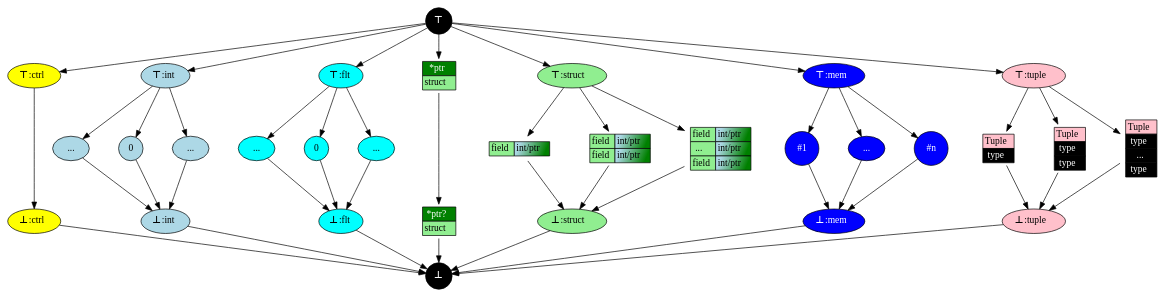
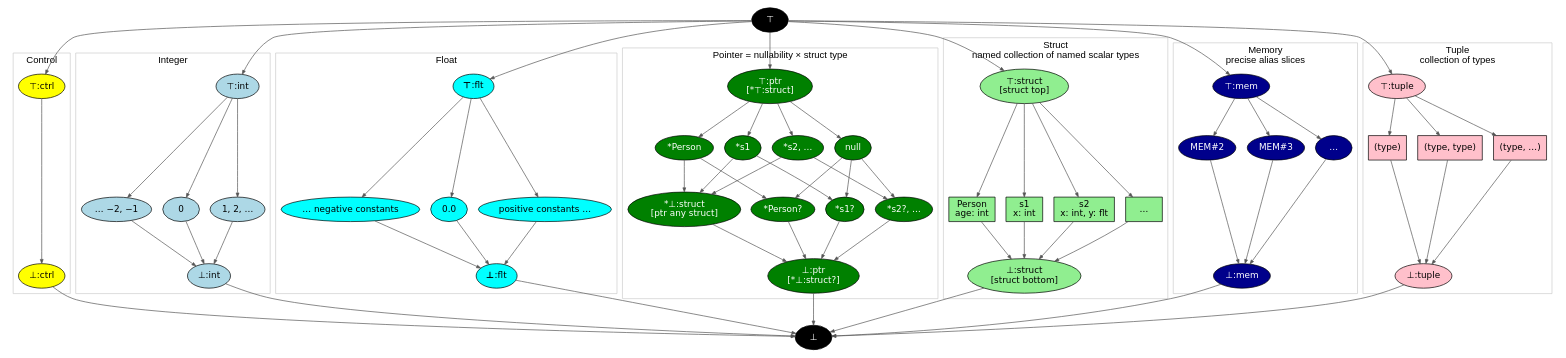
One commit to SeaOfNodes/Simple changed the diagram in chapter12/docs/lattice.gv. Above: the diagram before and after it, drawn with Graphviz. The commit also changed 175 other files, not shown here.

```diff
--- a/chapter12/docs/lattice.gv
+++ b/chapter12/docs/lattice.gv
@@ -1,182 +1,135 @@
 digraph Lattice {
-    compound = true;
-    // Define nodes
-    splines=false;
-    node [shape=circle, style=filled];
-    nodesep=0.6;
+    rankdir=TB;
+    newrank=true;
+    // Preserve the same-rank ordering edges through cluster layout.
+    remincross=false;
+    nodesep=0.22;
+    ranksep=0.65;
+    node [shape=ellipse, style=filled, fontname="DejaVu Sans", fontsize=13];
+    edge [color="#555555", arrowsize=0.6];
 
-    TOP [label=<<B>⊤</B >>, fillcolor=black, fontcolor=white];
-    BOT [label=<<B>⊥</B>>, fillcolor=black, fontcolor=white];
+    // These arrows are lattice-order edges, not use/definition edges.
+    TOP [label="⊤", fillcolor=black, fontcolor=white];
+    BOT [label="⊥", fillcolor=black, fontcolor=white];
 
-    // ----------------------
-    // Control
-    XCTRL [label=<<B>⊤</B >:ctrl>, fillcolor=yellow, shape=oval];
-    CTRL  [label=<<B>⊥</B>:ctrl>, fillcolor=yellow, shape=oval];
+    subgraph cluster_control {
+        label="Control"; fontname="Arial"; color="#cccccc";
+        node [fillcolor="#ffff00"];
+        XCTRL [label="⊤:ctrl"];
+        CTRL [label="⊥:ctrl"];
+        XCTRL -> CTRL;
+    }
 
-    TOP   -> XCTRL;
-    XCTRL -> CTRL;
-    CTRL  -> BOT;
+    subgraph cluster_integer {
+        label="Integer"; fontname="Arial"; color="#cccccc";
+        node [fillcolor="#add8e6"];
+        INT_TOP [label="⊤:int"];
+        INT_BOT [label="⊥:int"];
+        INT_NEG [label="… −2, −1"];
+        INT_ZERO [label="0"];
+        INT_POS [label="1, 2, …"];
+        {rank=same; INT_NEG; INT_ZERO; INT_POS;}
+        INT_NEG -> INT_ZERO -> INT_POS [style=invis];
+        INT_TOP -> {INT_NEG INT_ZERO INT_POS};
+        {INT_NEG INT_ZERO INT_POS} -> INT_BOT;
+    }
 
-    // ----------------------
-    // Integers
-    INT_TOP [label=<<B>⊤</B >:int>, fillcolor=lightblue, shape=oval];
-    INT_BOT [label=<<B>⊥</B>:int>, fillcolor=lightblue, shape=oval];
+    subgraph cluster_float {
+        label="Float"; fontname="Arial"; color="#cccccc";
+        FLT_TOP [label=<<B>⊤</B >:flt>, fillcolor=aqua, shape=oval];
+        FLT_BOT [label=<<B>⊥</B>:flt>, fillcolor=aqua, shape=oval];
 
-    INT_MINDOTS [label="...", fillcolor=lightblue, shape=oval];
-    INT_ZERO    [label="0"  , fillcolor=lightblue];
-    INT_MAXDOTS [label="...", fillcolor=lightblue, shape=oval];
+        FLT_MINDOTS [label="… negative constants", fillcolor=aqua, shape=oval];
+        FLT_ZERO    [label="0.0"  , fillcolor=aqua];
+        FLT_MAXDOTS [label="positive constants …", fillcolor=aqua, shape=oval];
 
-    TOP         -> INT_TOP;
-    INT_TOP     -> INT_MINDOTS;
-    INT_TOP     -> INT_ZERO;
-    INT_TOP     -> INT_MAXDOTS;
-    INT_MINDOTS -> INT_BOT;
-    INT_ZERO    -> INT_BOT;
-    INT_MAXDOTS -> INT_BOT;
-    INT_BOT     -> BOT;
+        FLT_TOP     -> FLT_MINDOTS;
+        FLT_TOP     -> FLT_ZERO;
+        FLT_TOP     -> FLT_MAXDOTS;
+        FLT_MINDOTS -> FLT_BOT;
+        FLT_ZERO    -> FLT_BOT;
+        FLT_MAXDOTS -> FLT_BOT;
 
-    INT_MINDOTS -> INT_ZERO -> INT_MAXDOTS [style=invis];
+        FLT_MINDOTS -> FLT_ZERO -> FLT_MAXDOTS [style=invis];
 
-    // ----------------------
-    // Floats
-    FLT_TOP [label=<<B>⊤</B >:flt>, fillcolor=aqua, shape=oval];
-    FLT_BOT [label=<<B>⊥</B>:flt>, fillcolor=aqua, shape=oval];
+        {rank=same; FLT_MINDOTS; FLT_ZERO; FLT_MAXDOTS;}
+    }
 
-    FLT_MINDOTS [label="...", fillcolor=aqua, shape=oval];
-    FLT_ZERO    [label="0"  , fillcolor=aqua];
-    FLT_MAXDOTS [label="...", fillcolor=aqua, shape=oval];
+    subgraph cluster_pointer {
+        label="Pointer = nullability × struct type";
+        fontname="Arial"; color="#cccccc";
+        node [fillcolor="#008000", fontcolor=white];
+        PTR_TOP [label="⊤:ptr\n[*⊤:struct]"];
+        PTR_BOT [label="⊥:ptr\n[*⊥:struct?]"];
+        PTR_NULL [label="null"];
+        PTR_ANY [label="*⊥:struct\n[ptr any struct]"];
+        PTR_PERSON [label="*Person"];
+        PTR_S1 [label="*s1"];
+        PTR_MORE [label="*s2, …"];
+        PTR_PERSON_NIL [label="*Person?"];
+        PTR_S1_NIL [label="*s1?"];
+        PTR_MORE_NIL [label="*s2?, …"];
+        {rank=same; PTR_PERSON; PTR_S1; PTR_MORE; PTR_NULL;}
+        {rank=same; PTR_ANY; PTR_PERSON_NIL; PTR_S1_NIL; PTR_MORE_NIL;}
+        PTR_PERSON -> PTR_S1 -> PTR_MORE -> PTR_NULL [style=invis];
+        PTR_ANY -> PTR_PERSON_NIL -> PTR_S1_NIL -> PTR_MORE_NIL [style=invis];
+        PTR_TOP -> {PTR_PERSON PTR_S1 PTR_MORE PTR_NULL};
+        {PTR_PERSON PTR_S1 PTR_MORE} -> PTR_ANY;
+        PTR_PERSON -> PTR_PERSON_NIL;
+        PTR_S1 -> PTR_S1_NIL;
+        PTR_MORE -> PTR_MORE_NIL;
+        PTR_NULL -> {PTR_PERSON_NIL PTR_S1_NIL PTR_MORE_NIL};
+        {PTR_ANY PTR_PERSON_NIL PTR_S1_NIL PTR_MORE_NIL} -> PTR_BOT;
+    }
 
-    TOP         -> FLT_TOP;
-    FLT_TOP     -> FLT_MINDOTS;
-    FLT_TOP     -> FLT_ZERO;
-    FLT_TOP     -> FLT_MAXDOTS;
-    FLT_MINDOTS -> FLT_BOT;
-    FLT_ZERO    -> FLT_BOT;
-    FLT_MAXDOTS -> FLT_BOT;
-    FLT_BOT     -> BOT;
+    subgraph cluster_struct {
+        label="Struct\nnamed collection of named scalar types";
+        fontname="Arial"; color="#cccccc";
+        node [fillcolor="#90ee90"];
+        STRUCT_TOP [label="⊤:struct\n[struct top]"];
+        STRUCT_BOT [label="⊥:struct\n[struct bottom]"];
+        STRUCT_PERSON [label="Person\nage: int", shape=box];
+        STRUCT_S1 [label="s1\nx: int", shape=box];
+        STRUCT_S2 [label="s2\nx: int, y: flt", shape=box];
+        STRUCT_MORE [label="…", shape=box];
+        {rank=same; STRUCT_PERSON; STRUCT_S1; STRUCT_S2; STRUCT_MORE;}
+        STRUCT_PERSON -> STRUCT_S1 -> STRUCT_S2 -> STRUCT_MORE [style=invis];
+        STRUCT_TOP -> {STRUCT_PERSON STRUCT_S1 STRUCT_S2 STRUCT_MORE};
+        {STRUCT_PERSON STRUCT_S1 STRUCT_S2 STRUCT_MORE} -> STRUCT_BOT;
+    }
 
-    FLT_MINDOTS -> FLT_ZERO -> FLT_MAXDOTS [style=invis];
-    
-    // ----------------------
-    // Pointers, just a boolean nil/not and a struct
-    PTR  [shape=none, fillcolor=none, label=<
-      <TABLE BORDER="0" CELLBORDER="1" CELLSPACING="0">
-        <TR><TD BGCOLOR="green"><FONT color="white">*ptr</FONT></TD></TR>
-        <TR><TD BGCOLOR="lightgreen">struct</TD></TR>
-      </TABLE>
-    >];
-    PTR0  [shape=none, fillcolor=none, label=<
-      <TABLE BORDER="0" CELLBORDER="1" CELLSPACING="0">
-        <TR><TD BGCOLOR="green"><FONT color="white">*ptr?</FONT></TD></TR>
-        <TR><TD BGCOLOR="lightgreen">struct</TD></TR>
-      </TABLE>
-    >];
-    
-    TOP  -> PTR;
-    PTR  -> PTR0;
-    PTR0 -> BOT;
+    subgraph cluster_memory {
+        label="Memory\nprecise alias slices"; fontname="Arial"; color="#cccccc";
+        node [fillcolor="#00008b", fontcolor=white];
+        MEM_TOP [label="⊤:mem"];
+        MEM_BOT [label="⊥:mem"];
+        MEM_ALIAS2 [label="MEM#2"];
+        MEM_ALIAS3 [label="MEM#3"];
+        MEM_MORE [label="…"];
+        {rank=same; MEM_ALIAS2; MEM_ALIAS3; MEM_MORE;}
+        MEM_ALIAS2 -> MEM_ALIAS3 -> MEM_MORE [style=invis];
+        MEM_TOP -> {MEM_ALIAS2 MEM_ALIAS3 MEM_MORE};
+        {MEM_ALIAS2 MEM_ALIAS3 MEM_MORE} -> MEM_BOT;
+    }
 
-    // ----------------------
-    // Structs
-    STRUCT_TOP    [label=<<B>⊤</B >:struct>, fillcolor=lightgreen, shape=oval];
-    STRUCT_BOT    [label=<<B>⊥</B>:struct>, fillcolor=lightgreen, shape=oval];
+    subgraph cluster_tuple {
+        label="Tuple\ncollection of types";
+        fontname="Arial"; color="#cccccc";
+        node [fillcolor="#ffc0cb"];
+        TUPLE_TOP [label="⊤:tuple"];
+        TUPLE_BOT [label="⊥:tuple"];
+        TUPLE1 [label="(type)", shape=box];
+        TUPLE2 [label="(type, type)", shape=box];
+        TUPLEN [label="(type, …)", shape=box];
+        {rank=same; TUPLE1; TUPLE2; TUPLEN;}
+        TUPLE1 -> TUPLE2 -> TUPLEN [style=invis];
+        TUPLE_TOP -> {TUPLE1 TUPLE2 TUPLEN};
+        {TUPLE1 TUPLE2 TUPLEN} -> TUPLE_BOT;
+    }
 
-    STRUCT_S1  [shape=none, fillcolor=none, label=<
-      <TABLE BORDER="0" CELLBORDER="1" CELLSPACING="0">
-        <TR><TD BGCOLOR="lightgreen">field</TD><TD BGCOLOR="lightblue:green" gradientangle="315">int/ptr</TD></TR>
-      </TABLE>
-    >];
-    STRUCT_S2  [shape=none, fillcolor=none, label=<
-      <TABLE BORDER="0" CELLBORDER="1" CELLSPACING="0">
-        <TR><TD BGCOLOR="lightgreen">field</TD><TD BGCOLOR="lightblue:green" gradientangle="315">int/ptr</TD></TR>
-        <TR><TD BGCOLOR="lightgreen">field</TD><TD BGCOLOR="lightblue:green" gradientangle="315">int/ptr</TD></TR>
-      </TABLE>
-    >];
-    STRUCT_SN  [shape=none, fillcolor=none, label=<
-      <TABLE BORDER="0" CELLBORDER="1" CELLSPACING="0">
-        <TR><TD BGCOLOR="lightgreen">field</TD><TD BGCOLOR="lightblue:green" gradientangle="315">int/ptr</TD></TR>
-        <TR><TD BGCOLOR="lightgreen">...  </TD><TD BGCOLOR="lightblue:green" gradientangle="315">int/ptr</TD></TR>
-        <TR><TD BGCOLOR="lightgreen">field</TD><TD BGCOLOR="lightblue:green" gradientangle="315">int/ptr</TD></TR>
-      </TABLE>
-    >];
-
-
-    TOP          -> STRUCT_TOP;
-    STRUCT_TOP   -> STRUCT_S1;
-    STRUCT_TOP   -> STRUCT_S2;
-    STRUCT_TOP   -> STRUCT_SN;
-    STRUCT_S1    -> STRUCT_BOT;
-    STRUCT_S2    -> STRUCT_BOT;
-    STRUCT_SN    -> STRUCT_BOT;
-    STRUCT_BOT   -> BOT;
-
-    STRUCT_S1 -> STRUCT_S2 -> STRUCT_SN [style=invis];
-
-    // ----------------------
-    // Memory
-    MEM_TOP       [label=<<B>⊤</B >:mem>, fillcolor=blue, fontcolor=white, shape=oval];
-    MEM_BOT       [label=<<B>⊥</B>:mem>, fillcolor=blue, fontcolor=white, shape=oval];
-    MEM_ALIAS1    [label="#1"     , fillcolor=blue, fontcolor=white];
-    MEM_ALIASDOTS [label="..."    , fillcolor=blue, fontcolor=white, shape=oval];
-    MEM_ALIASN    [label="#n"     , fillcolor=blue, fontcolor=white];
-
-    TOP          -> MEM_TOP;
-    MEM_TOP      -> MEM_ALIAS1;
-    MEM_TOP      -> MEM_ALIASDOTS;
-    MEM_TOP      -> MEM_ALIASN;
-    MEM_ALIAS1   -> MEM_BOT;
-    MEM_ALIASDOTS -> MEM_BOT;
-    MEM_ALIASN    -> MEM_BOT;
-    MEM_BOT       -> BOT;
-
-    MEM_ALIAS1 -> MEM_ALIASDOTS -> MEM_ALIASN [style=invis];
-
-    // ----------------------
-    // Tuples
-
-    TUPLE_TOP [label=<<B>⊤</B >:tuple>, fillcolor=pink, shape=oval];
-    TUPLE_BOT [label=<<B>⊥</B>:tuple>, fillcolor=pink, shape=oval];
-
-    TUPLE1 [shape=none, fillcolor=none, label=<
-      <TABLE BORDER="0" CELLBORDER="1" CELLSPACING="0">
-        <TH><TD BGCOLOR="pink">Tuple</TD></TH>
-        <TR><TD BGCOLOR="black" ><FONT color="white">type</FONT></TD></TR>
-      </TABLE>
-    >];
-    TUPLE2 [shape=none, fillcolor=none, label=<
-      <TABLE BORDER="0" CELLBORDER="1" CELLSPACING="0">
-        <TH><TD BGCOLOR="pink">Tuple</TD></TH>
-        <TR><TD BGCOLOR="black" ><FONT color="white">type</FONT></TD></TR>
-        <TR><TD BGCOLOR="black" ><FONT color="white">type</FONT></TD></TR>
-      </TABLE>
-    >];
-    TUPLEN [shape=none, fillcolor=none, label=<
-      <TABLE BORDER="0" CELLBORDER="1" CELLSPACING="0">
-        <TH><TD BGCOLOR="pink">Tuple</TD></TH>
-        <TR><TD BGCOLOR="black" ><FONT color="white">type</FONT></TD></TR>
-        <TR><TD BGCOLOR="black" ><FONT color="white">...</FONT></TD></TR>
-        <TR><TD BGCOLOR="black" ><FONT color="white">type</FONT></TD></TR>
-      </TABLE>
-    >];
-
-
-    TOP -> TUPLE_TOP;
-    TUPLE_TOP -> TUPLE1;
-    TUPLE_TOP -> TUPLE2;
-    TUPLE_TOP -> TUPLEN;
-    TUPLE1 -> TUPLE_BOT;
-    TUPLE2 -> TUPLE_BOT;
-    TUPLEN -> TUPLE_BOT;
-    TUPLE_BOT -> BOT;
-
-    // ----------------------
-    // Additional customization
-    {rank=same; TOP;}
-    {rank=same; INT_TOP; FLT_TOP; XCTRL; STRUCT_TOP; MEM_TOP; TUPLE_TOP}
-    {rank=same; INT_MINDOTS; INT_ZERO; INT_MAXDOTS; 
-                FLT_MINDOTS; FLT_ZERO; FLT_MAXDOTS;
-                STRUCT_S1; STRUCT_S2; STRUCT_SN;
-                MEM_ALIAS1;  MEM_ALIASDOTS; MEM_ALIASN;}
-    {rank=same; INT_BOT; FLT_BOT; CTRL; STRUCT_BOT; MEM_BOT; TUPLE_BOT}
-    {rank=same; BOT;}
+    TOP -> {XCTRL INT_TOP FLT_TOP PTR_TOP STRUCT_TOP MEM_TOP TUPLE_TOP};
+    {CTRL INT_BOT FLT_BOT PTR_BOT STRUCT_BOT MEM_BOT TUPLE_BOT} -> BOT;
+    {rank=same; XCTRL; INT_TOP; FLT_TOP; PTR_TOP; STRUCT_TOP; MEM_TOP; TUPLE_TOP;}
+    {rank=same; CTRL; INT_BOT; FLT_BOT; PTR_BOT; STRUCT_BOT; MEM_BOT; TUPLE_BOT;}
+    XCTRL -> INT_TOP -> FLT_TOP -> PTR_TOP -> STRUCT_TOP -> MEM_TOP -> TUPLE_TOP [style=invis];
 }
```
